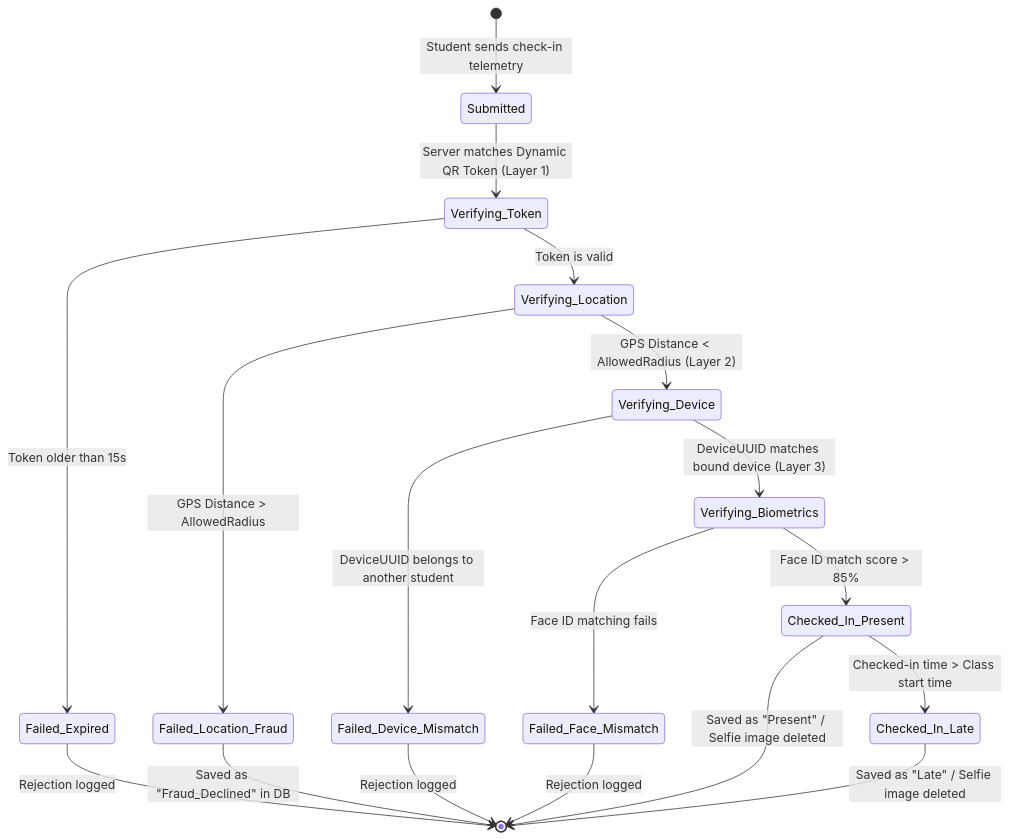
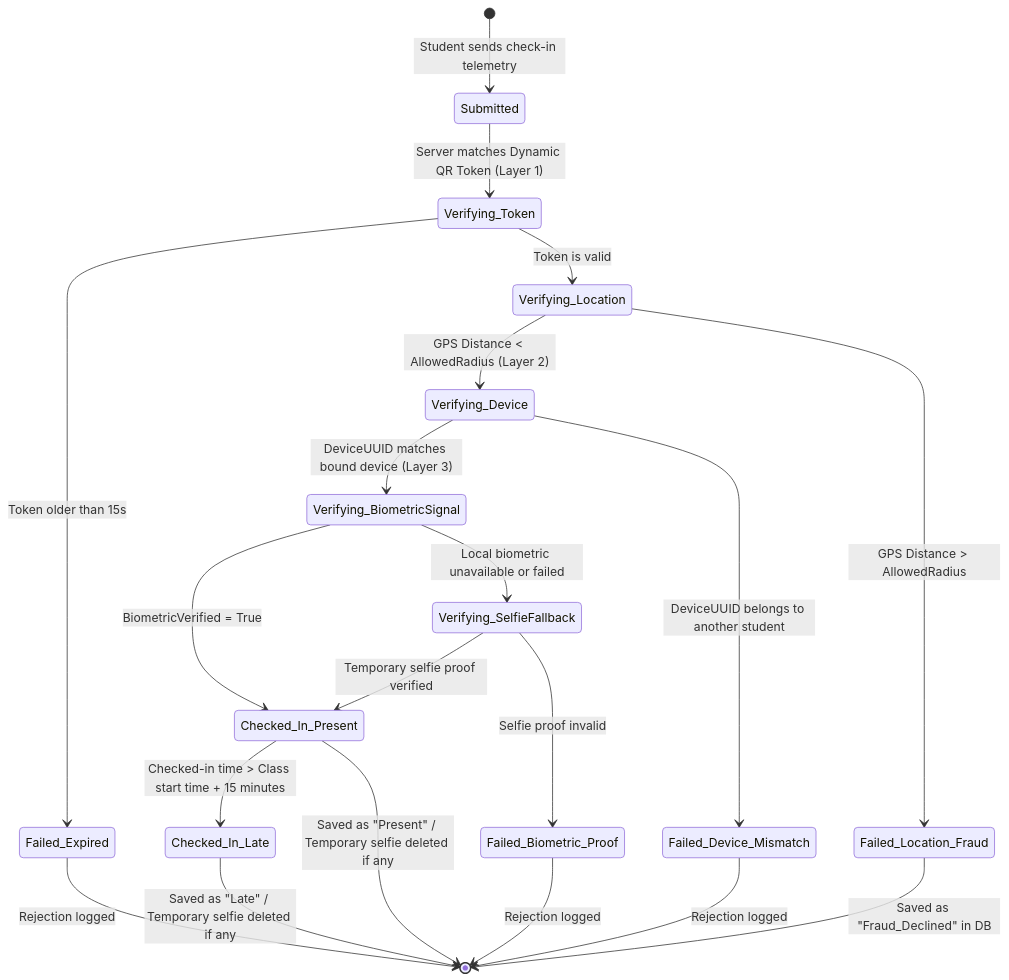
One commit to nttung42/SWD392 changed the diagram in COMET/Phase_2_Analysis_Modeling/output/state_diagrams/attendance_record_state.md. Above: the diagram before and after it, drawn with Mermaid. The commit also changed 11 other files, not shown here.

````diff
--- a/COMET/Phase_2_Analysis_Modeling/output/state_diagrams/attendance_record_state.md
+++ b/COMET/Phase_2_Analysis_Modeling/output/state_diagrams/attendance_record_state.md
@@ -9,28 +9,30 @@
 ```mermaid
 stateDiagram-v2
     [*] --> Submitted : Student sends check-in telemetry
     
     Submitted --> Verifying_Token : Server matches Dynamic QR Token (Layer 1)
     
     Verifying_Token --> Failed_Expired : Token older than 15s
     Failed_Expired --> [*] : Rejection logged
     
     Verifying_Token --> Verifying_Location : Token is valid
     
     Verifying_Location --> Verifying_Device : GPS Distance < AllowedRadius (Layer 2)
     Verifying_Location --> Failed_Location_Fraud : GPS Distance > AllowedRadius
     Failed_Location_Fraud --> [*] : Saved as "Fraud_Declined" in DB
     
-    Verifying_Device --> Verifying_Biometrics : DeviceUUID matches bound device (Layer 3)
+    Verifying_Device --> Verifying_BiometricSignal : DeviceUUID matches bound device (Layer 3)
     Verifying_Device --> Failed_Device_Mismatch : DeviceUUID belongs to another student
     Failed_Device_Mismatch --> [*] : Rejection logged
     
-    Verifying_Biometrics --> Checked_In_Present : Face ID match score > 85%
-    Verifying_Biometrics --> Failed_Face_Mismatch : Face ID matching fails
-    Failed_Face_Mismatch --> [*] : Rejection logged
+    Verifying_BiometricSignal --> Checked_In_Present : BiometricVerified = True
+    Verifying_BiometricSignal --> Verifying_SelfieFallback : Local biometric unavailable or failed
+    Verifying_SelfieFallback --> Checked_In_Present : Temporary selfie proof verified
+    Verifying_SelfieFallback --> Failed_Biometric_Proof : Selfie proof invalid
+    Failed_Biometric_Proof --> [*] : Rejection logged
     
-    Checked_In_Present --> Checked_In_Late : Checked-in time > Class start time
+    Checked_In_Present --> Checked_In_Late : Checked-in time > Class start time + 15 minutes
     
-    Checked_In_Present --> [*] : Saved as "Present" / Selfie image deleted
-    Checked_In_Late --> [*] : Saved as "Late" / Selfie image deleted
+    Checked_In_Present --> [*] : Saved as "Present" / Temporary selfie deleted if any
+    Checked_In_Late --> [*] : Saved as "Late" / Temporary selfie deleted if any
 ```
````
